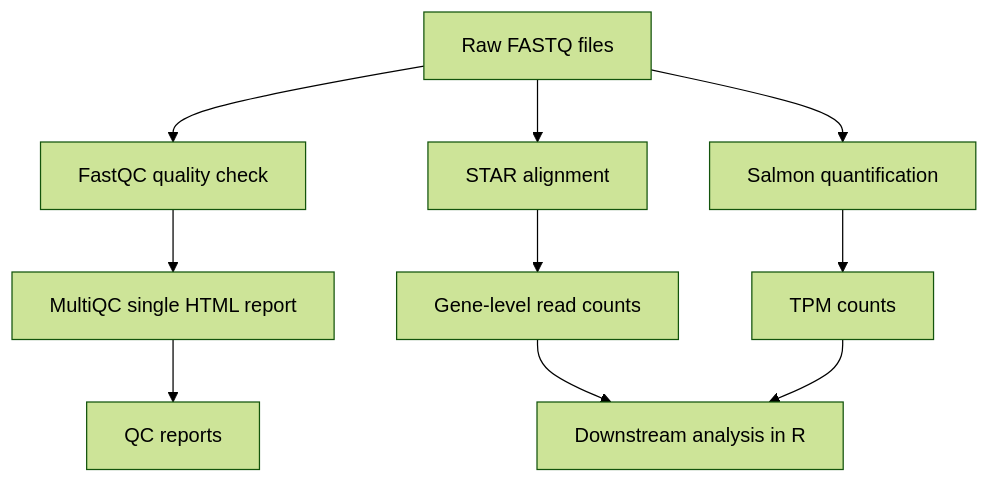
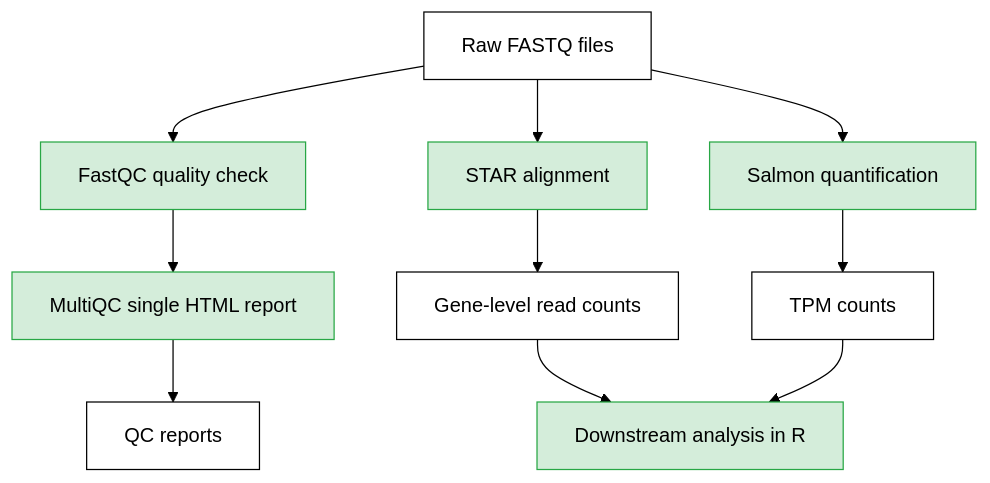
Before and after one commit to tudumanne/BulkRNAseq_Barretts: the diagram in hpc/README.md, drawn with Mermaid (forest theme). The commit also changed 1 other file, not shown here.

Commit message:
Updated hpc workflow

````diff
--- a/hpc/README.md
+++ b/hpc/README.md
@@ -36,12 +36,17 @@
 ```mermaid
 graph TD; 
-    A[Raw FASTQ files]-->B[FastQC quality check];
-    A-->C[STAR alignment];
-    A-->D[Salmon quantification];
-    B-->E[MultiQC single HTML report];
-    E-->F[QC reports];
-    C-->G[Gene-level read counts];
-    D-->H[TPM counts];
-    G-->I[Downstream analysis in R]
-    H-->I
+    classDef method fill:#d4edda,stroke:#28a745;
+    classDef input fill:#ffffff,stroke:#000000;
+    classDef output1 fill:#ffffff,stroke:#000000;
+    classDef output2 fill:#edabab,stroke:#520612;
+
+    A[Raw FASTQ files]:::input-->B[FastQC quality check]:::method;
+    A-->C[STAR alignment]:::method;
+    A-->D[Salmon quantification]:::method;
+    B-->E[MultiQC single HTML report]:::method;
+    E-->F[QC reports]:::output1;
+    C-->G[Gene-level read counts]:::output1;
+    D-->H[TPM counts]:::output1;
+    G-->I[Downstream analysis in R]:::method;
+    H-->I;
 ```
````
